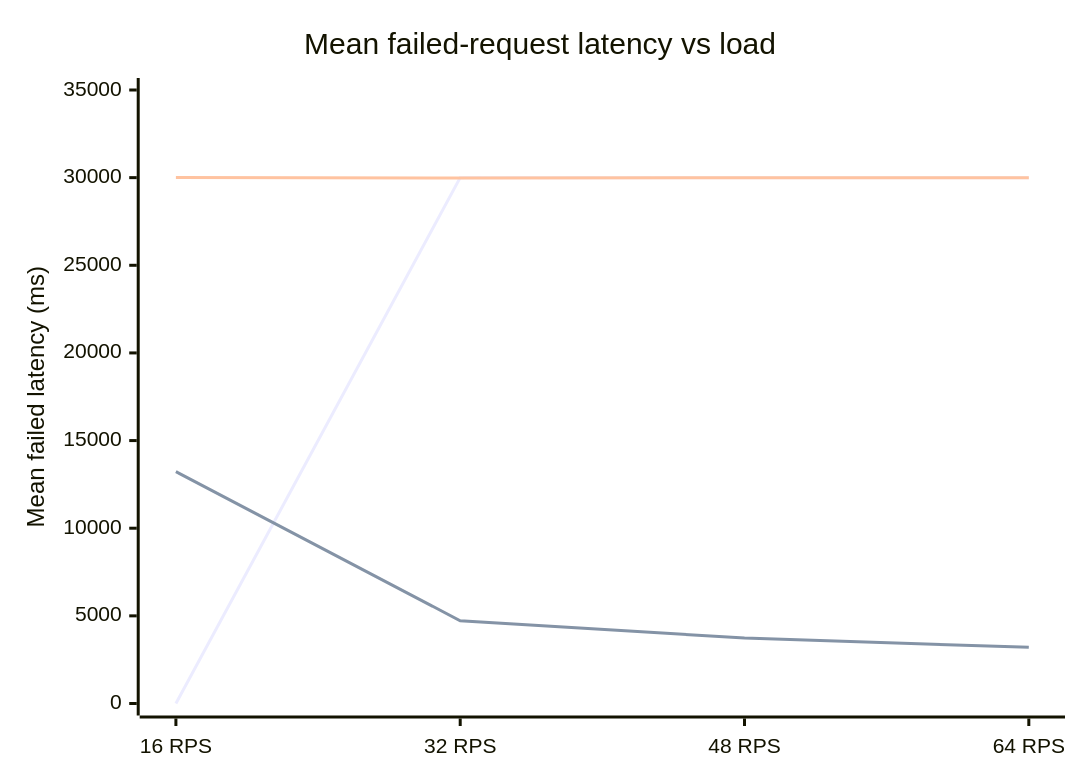
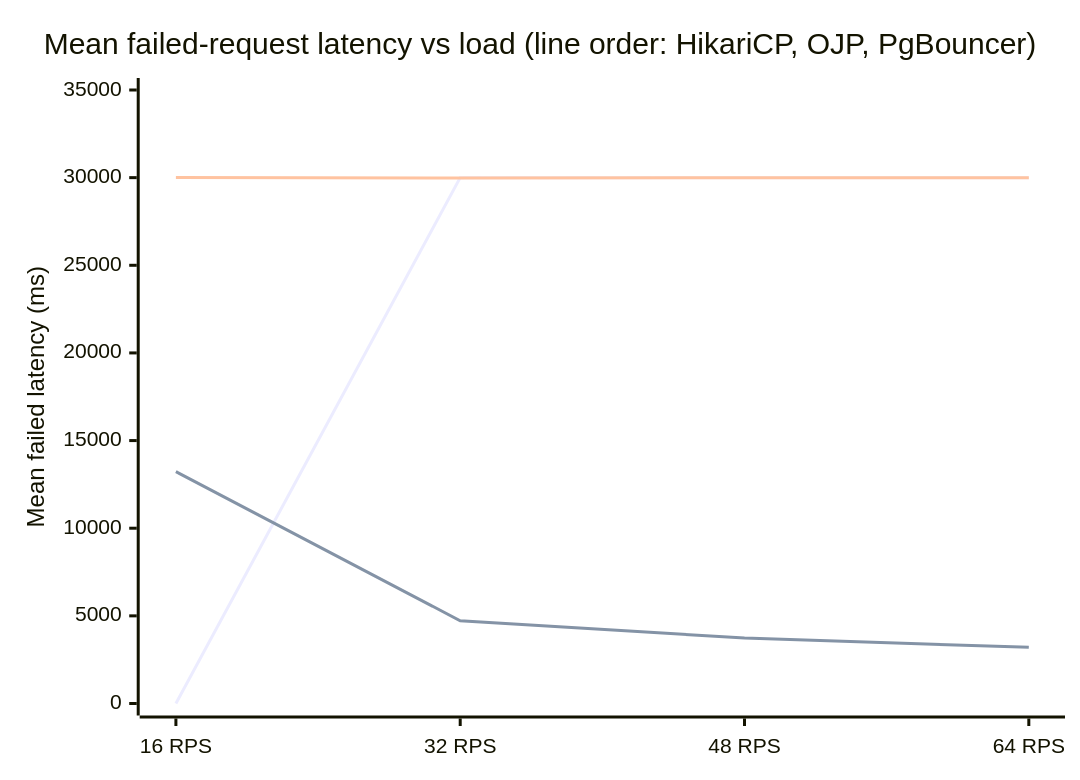
One commit to rrobetti/stressum changed the fourth of 7 diagrams in article.md. Above: the diagram before and after it, drawn with Mermaid. The commit also changed other lines of this file, not shown here.

````diff
--- a/article.md
+++ b/article.md
@@ -81,9 +110,9 @@
 ```mermaid
 xychart-beta
-    title "Mean failed-request latency vs load"
+    title "Mean failed-request latency vs load (line order: HikariCP, OJP, PgBouncer)"
     x-axis ["16 RPS", "32 RPS", "48 RPS", "64 RPS"]
     y-axis "Mean failed latency (ms)" 0 --> 35000
     line [0, 30000, 30000, 30000]
     line [13229, 4722, 3734, 3205]
     line [30006, 29978, 30000, 30000]
 ```
````
